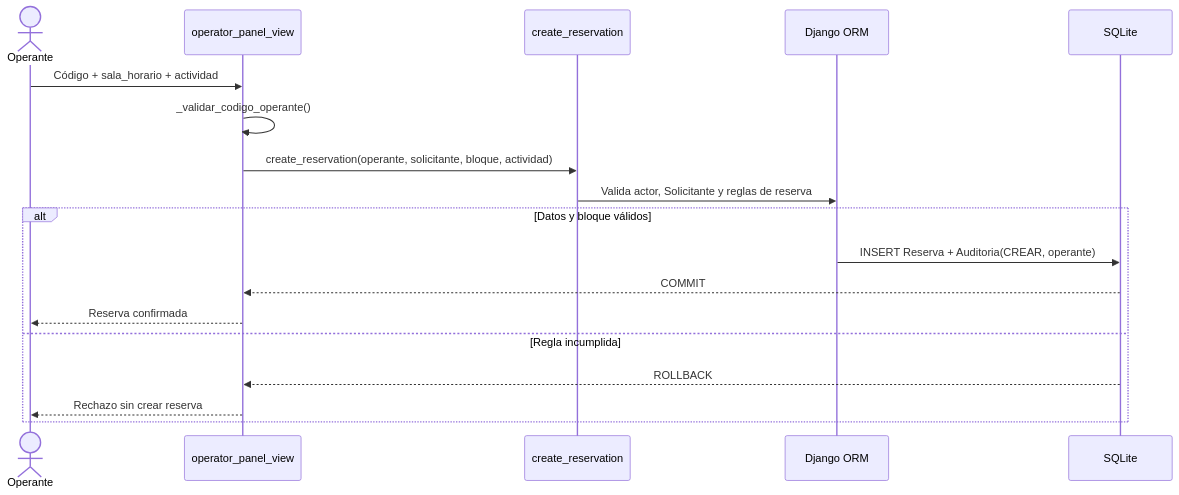
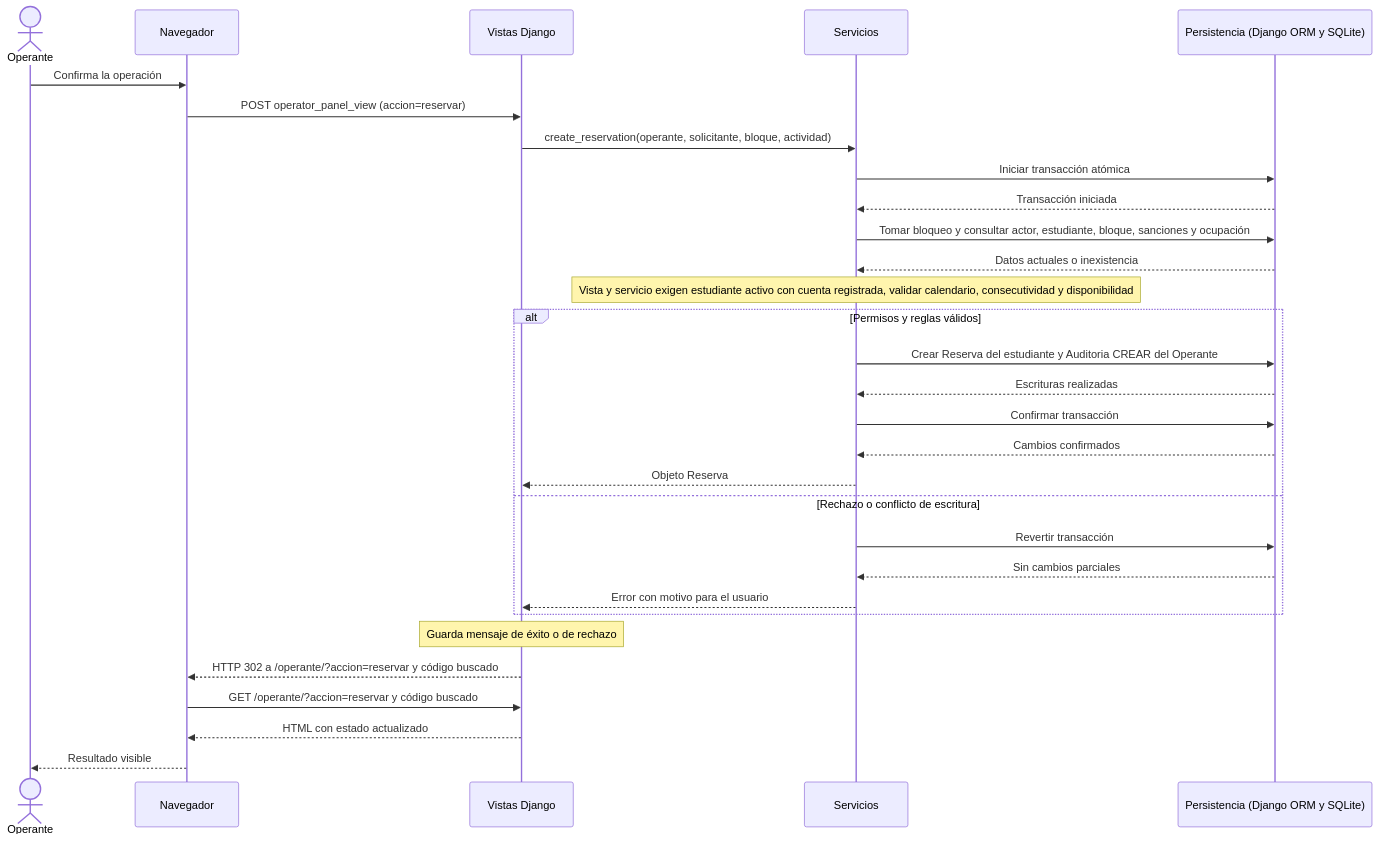
One commit to Sebas0032/SalaMandra changed the fourth of 14 diagrams in docs/sesion-07-modelos.md. Above: the diagram before and after it, drawn with Mermaid. The commit also changed other lines of this file and 11 other files, not shown here.

Commit message:
Update architecture and test traceability documentation, reorganize use cases, fix diagrams, expand interaction flows, restore weekday-only reservations, consolidate redundant tests, and remove obsolete diagram images

````diff
--- a/docs/sesion-07-modelos.md
+++ b/docs/sesion-07-modelos.md
@@ -315,20 +317,32 @@
 ```mermaid
 sequenceDiagram
-    actor O as Operante
-    participant V as operator_panel_view
-    participant S as create_reservation
-    participant ORM as Django ORM
-    participant DB as SQLite
-    O->>V: Código + sala_horario + actividad
-    V->>V: _validar_codigo_operante()
+    actor U as Operante
+    participant B as Navegador
+    participant V as Vistas Django
+    participant S as Servicios
+    participant D as Persistencia (Django ORM y SQLite)
+    U->>B: Confirma la operación
+    B->>V: POST operator_panel_view (accion=reservar)
     V->>S: create_reservation(operante, solicitante, bloque, actividad)
-    S->>ORM: Valida actor, Solicitante y reglas de reserva
-    alt Datos y bloque válidos
-        ORM->>DB: INSERT Reserva + Auditoria(CREAR, operante)
-        DB-->>V: COMMIT
-        V-->>O: Reserva confirmada
-    else Regla incumplida
-        DB-->>V: ROLLBACK
-        V-->>O: Rechazo sin crear reserva
+    S->>D: Iniciar transacción atómica
+    D-->>S: Transacción iniciada
+    S->>D: Tomar bloqueo y consultar actor, estudiante, bloque, sanciones y ocupación
+    D-->>S: Datos actuales o inexistencia
+    Note over S: Vista y servicio exigen estudiante activo con cuenta registrada, validar calendario, consecutividad y disponibilidad
+    alt Permisos y reglas válidos
+        S->>D: Crear Reserva del estudiante y Auditoria CREAR del Operante
+        D-->>S: Escrituras realizadas
+        S->>D: Confirmar transacción
+        D-->>S: Cambios confirmados
+        S-->>V: Objeto Reserva
+    else Rechazo o conflicto de escritura
+        S->>D: Revertir transacción
+        D-->>S: Sin cambios parciales
+        S-->>V: Error con motivo para el usuario
     end
+    Note over V: Guarda mensaje de éxito o de rechazo
+    V-->>B: HTTP 302 a /operante/?accion=reservar y código buscado
+    B->>V: GET /operante/?accion=reservar y código buscado
+    V-->>B: HTML con estado actualizado
+    B-->>U: Resultado visible
 ```
````
